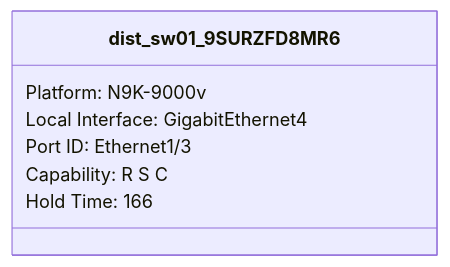
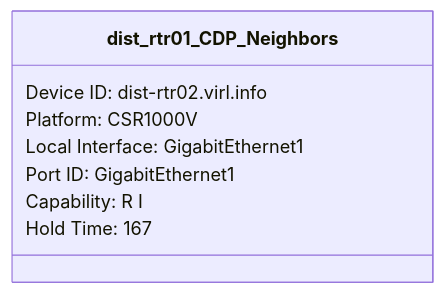
Before and after one commit to automateyournetwork/pyYAHTS: the fourth of 6 diagrams in Examples/IOS-XE/dist-rtr01 show cdp neighbors class.md, drawn with Mermaid. The commit also changed other lines of this file and 34 other files, not shown here.

Commit message:
ios-xe class diagrams

````diff
--- a/Examples/IOS-XE/dist-rtr01 show cdp neighbors class.md
+++ b/Examples/IOS-XE/dist-rtr01 show cdp neighbors class.md
@@ -34,10 +37,11 @@
 ```mermaid
 classDiagram
-class dist_sw01_9SURZFD8MR6{
-Platform: N9K-9000v
-Local Interface: GigabitEthernet4
-Port ID: Ethernet1/3
-Capability: R S C
-Hold Time: 166
+class dist_rtr01_CDP_Neighbors {
+Device ID: dist-rtr02.virl.info
+Platform: CSR1000V
+Local Interface: GigabitEthernet1
+Port ID: GigabitEthernet1
+Capability: R I
+Hold Time: 167
 }
 ```
````
